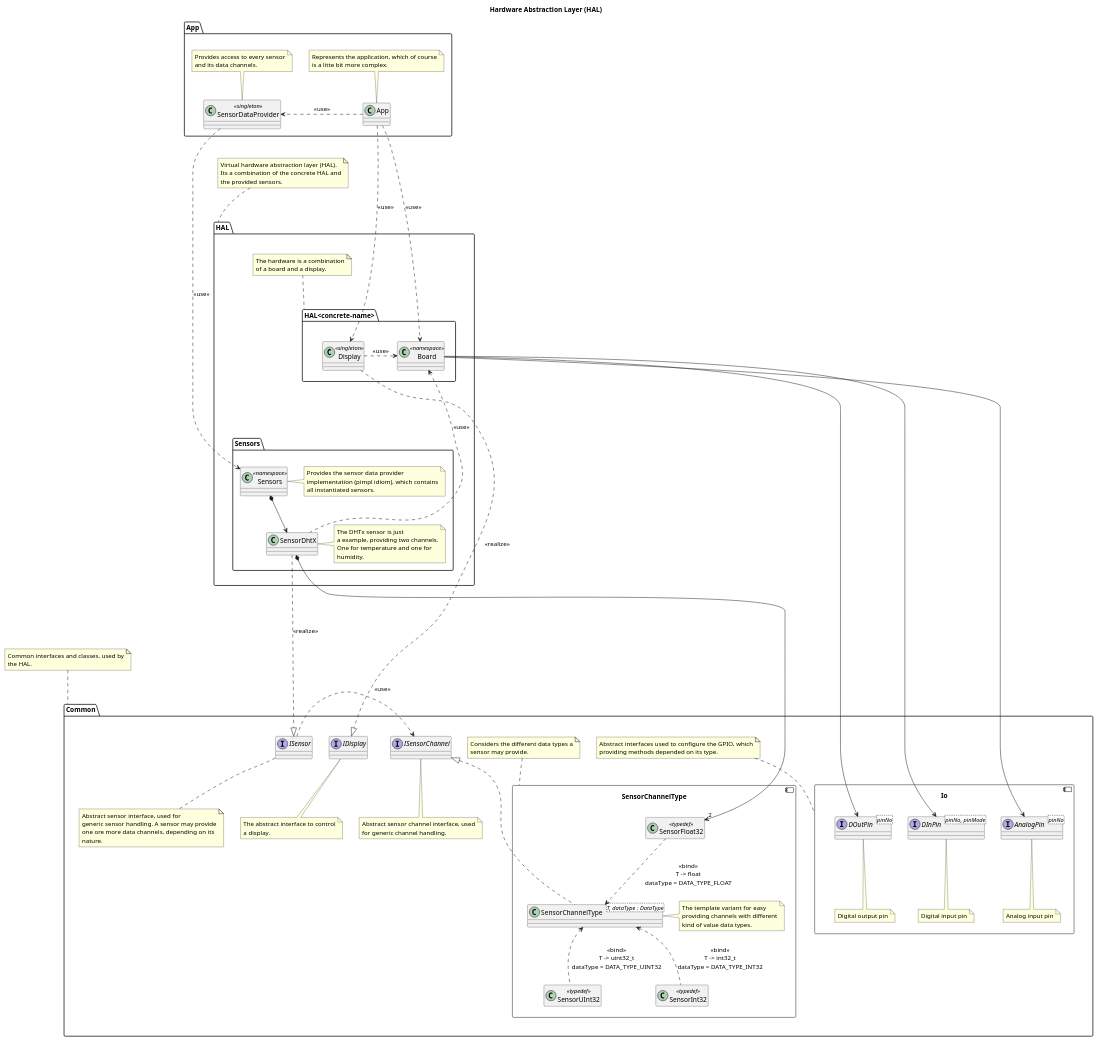
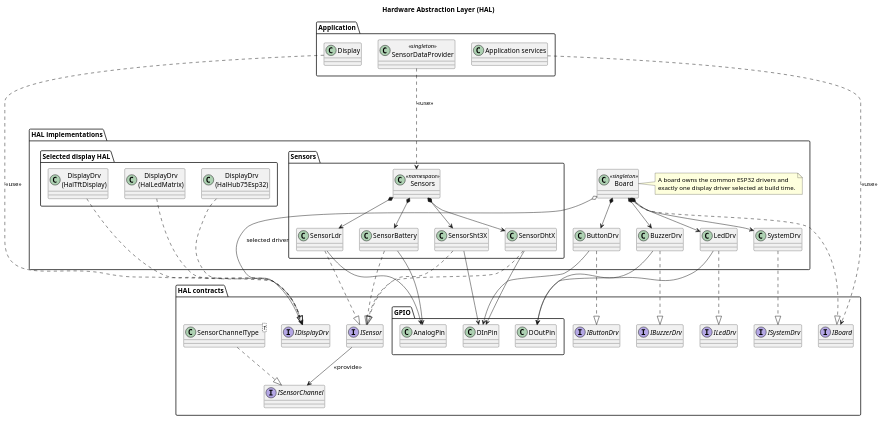
One commit to BlueAndi/Pixelix changed the diagram in doc/architecture/uml/hal.wsd. Above: the diagram before and after it, drawn with PlantUML. The commit also changed 3 other files, not shown here.

Commit message:
Architecture adapted to latest HAL changes.

```diff
--- a/doc/architecture/uml/hal.wsd
+++ b/doc/architecture/uml/hal.wsd
@@ -1,158 +1,97 @@
 @startuml hal
 
 title Hardware Abstraction Layer (HAL)
 
-package "Common" as commonPkg {
+package "HAL contracts" as contractsPkg {
 
-    component "Io" as io {
-        interface "DOutPin" <pinNo>
-        interface "DInPin" <pinNo, pinMode>
-        interface "AnalogPin" <pinNo>
-
-        note bottom of DOutPin: Digital output pin
-        note bottom of DInPin: Digital input pin
-        note bottom of AnalogPin: Analog input pin
+    package "GPIO" as gpioPkg {
+        class "DOutPin" as dOutPin
+        class "DInPin" as dInPin
+        class "AnalogPin" as analogPin
     }
 
-    note top of io
-        Abstract interfaces used to configure the GPIO, which
-        providing methods depended on its type.
+    interface "IBoard" as iBoard
+    interface "IDisplayDrv" as iDisplayDrv
+    interface "IButtonDrv" as iButtonDrv
+    interface "IBuzzerDrv" as iBuzzerDrv
+    interface "ILedDrv" as iLedDrv
+    interface "ISystemDrv" as iSystemDrv
+    interface "ISensor" as iSensor
+    interface "ISensorChannel" as iSensorChannel
+
+    class "SensorChannelType<T>" as sensorChannelType
+    sensorChannelType ..|> iSensorChannel
+    iSensor --> iSensorChannel: <<provide>>
+}
+
+package "HAL implementations" as halPkg {
+
+    class "Board" as board <<singleton>>
+    class "ButtonDrv" as buttonDrv
+    class "BuzzerDrv" as buzzerDrv
+    class "LedDrv" as ledDrv
+    class "SystemDrv" as systemDrv
+
+    package "Selected display HAL" as displayHalPkg {
+        class "DisplayDrv\n(HalLedMatrix)" as ledMatrixDisplayDrv
+        class "DisplayDrv\n(HalHub75Esp32)" as hub75DisplayDrv
+        class "DisplayDrv\n(HalTftDisplay)" as tftDisplayDrv
+    }
+
+    package "Sensors" as sensorsPkg {
+        class "Sensors" as sensors <<namespace>>
+        class "SensorBattery" as sensorBattery
+        class "SensorDhtX" as sensorDhtX
+        class "SensorLdr" as sensorLdr
+        class "SensorSht3X" as sensorSht3X
+    }
+
+    note right of board
+        A board owns the common ESP32 drivers and
+        exactly one display driver selected at build time.
     end note
 
-    interface "IDisplay" as iDisplay
+    board ..|> iBoard
+    board *--> buttonDrv
+    board *--> buzzerDrv
+    board *--> ledDrv
+    board *--> systemDrv
+    board o--> "1" iDisplayDrv: selected driver
 
-    note bottom of iDisplay
-        The abstract interface to control
-        a display.
-    end note
+    buttonDrv ..|> iButtonDrv
+    buzzerDrv ..|> iBuzzerDrv
+    ledDrv ..|> iLedDrv
+    systemDrv ..|> iSystemDrv
+    ledMatrixDisplayDrv ..|> iDisplayDrv
+    hub75DisplayDrv ..|> iDisplayDrv
+    tftDisplayDrv ..|> iDisplayDrv
 
-    interface "ISensor" as iSensor
+    buttonDrv --> dInPin
+    buzzerDrv --> dOutPin
+    ledDrv --> dOutPin
+    sensorBattery --> analogPin
+    sensorDhtX --> dInPin
+    sensorLdr --> analogPin
+    sensorSht3X --> dInPin
 
-    note bottom of iSensor
-        Abstract sensor interface, used for 
-        generic sensor handling. A sensor may provide
-        one ore more data channels, depending on its
-        nature.
-    end note
-
-    interface "ISensorChannel" as iSensorChannel
-
-    note bottom of iSensorChannel
-        Abstract sensor channel interface, used
-        for generic channel handling.
-    end note
-
-    component "SensorChannelType" as sensorChannelPkg {
-        
-        class "SensorChannelType<T, dataType : DataType>" as sensorChannelType
-
-        note right of sensorChannelType
-            The template variant for easy
-            providing channels with different
-            kind of value data types.
-        end note
-
-        class SensorUInt32 <<typedef>>
-        hide SensorUInt32 members
-
-        class SensorInt32 <<typedef>>
-        hide SensorInt32 members
-
-        class SensorFloat32 <<typedef>>
-        hide SensorFloat32 members
-
-        SensorUInt32 .u.> sensorChannelType: <<bind>>\nT -> uint32_t\ndataType = DATA_TYPE_UINT32
-        SensorInt32 .u.> sensorChannelType: <<bind>>\nT -> int32_t\ndataType = DATA_TYPE_INT32
-        SensorFloat32 ..> sensorChannelType: <<bind>>\nT -> float\ndataType = DATA_TYPE_FLOAT
-    }
-
-    note top of sensorChannelPkg
-        Considers the different data types a
-        sensor may provide.
-    end note
-
-    sensorChannelType .u..|> iSensorChannel
-    iSensor .> iSensorChannel: <<use>>
+    sensors *--> sensorBattery
+    sensors *--> sensorDhtX
+    sensors *--> sensorLdr
+    sensors *--> sensorSht3X
+    sensorBattery ..|> iSensor
+    sensorDhtX ..|> iSensor
+    sensorLdr ..|> iSensor
+    sensorSht3X ..|> iSensor
 }
 
-note top of commonPkg
-    Common interfaces and classes, used by
-    the HAL.
-end note
-
-package "HAL" as halPkg {
-
-    package "HAL<concrete-name>" as halXXXPkg {
-
-        class "Display" as display <<singleton>>
-        class "Board" as board <<namespace>>
-
-        display .> board: <<use>>
-    }
-
-    note top of halXXXPkg
-        The hardware is a combination
-        of a board and a display.
-    end note
-
-    package "Sensors" as sensorsPkg {
-
-        class "SensorDhtX" as sensorDhtX
-        class "Sensors" as sensors <<namespace>>
-
-        note right of sensorDhtX
-            The DHTx sensor is just
-            a example, providing two channels.
-            One for temperature and one for
-            humidity.
-        end note
-
-        note right of sensors
-            Provides the sensor data provider
-            implementation (pimpl idiom), which contains
-            all instantiated sensors.
-        end note
-    }
-
-    display ..|> iDisplay: <<realize>>
-    board --> DOutPin
-    board --> DInPin
-    board --> AnalogPin
-    board <.... sensorDhtX: <<use>>
-    sensors *--> sensorDhtX
-    sensorDhtX ...|> iSensor: <<realize>>
-    sensorDhtX *-----> "2" SensorFloat32
+package "Application" as appPkg {
+    class "Display" as display
+    class "SensorDataProvider" as sensorDataProvider <<singleton>>
+    class "Application services" as app
 }
 
-note top of halPkg
-    Virtual hardware abstraction layer (HAL).
-    Its a combination of the concrete HAL and
-    the provided sensors.
-end note
-
-halPkg -[hidden]--- commonPkg
-
-package "App" as appPkg {
-
-    class "App" as app
-
-    note top of app
-        Represents the application, which of course
-        is a litte bit more complex.
-    end note
-
-    class "SensorDataProvider" as sensorDataProvider <<singleton>>
-
-    note top of sensorDataProvider
-        Provides access to every sensor
-        and its data channels.
-    end note
-}
-
-app ....> board: <<use>>
-app ....> display: <<use>>
-app .r.> sensorDataProvider: <<use>>
-
-sensorDataProvider ..> sensors: <<use>>
+display ....> iDisplayDrv: <<use>>
+app ....> iBoard: <<use>>
+sensorDataProvider ...> sensors: <<use>>
 
 @enduml
```
